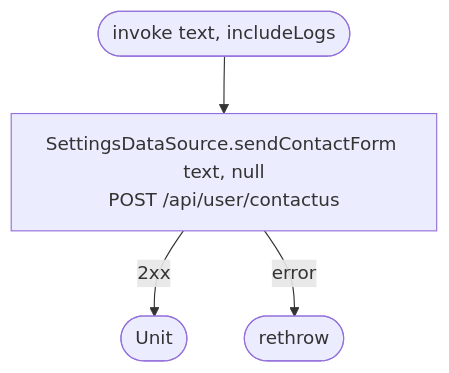
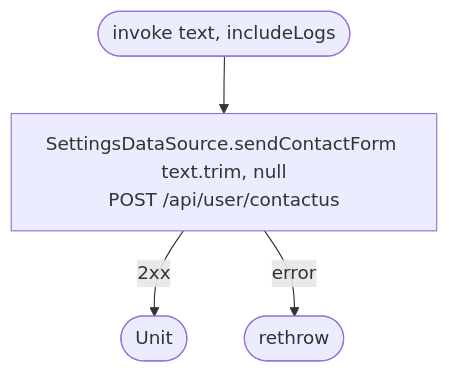
The diagram in docs/operations/settings/send-contact-form.md (nocturneproperties/bookkme-client), drawn with Mermaid before and after one commit. The commit also changed other lines of this file and 39 other files, not shown here.

````diff
--- a/docs/operations/settings/send-contact-form.md
+++ b/docs/operations/settings/send-contact-form.md
@@ -11,6 +11,6 @@
 ```mermaid
 flowchart TD
-    Start([invoke text, includeLogs]) --> Net[SettingsDataSource.sendContactForm text, null<br/>POST /api/user/contactus]
+    Start([invoke text, includeLogs]) --> Net[SettingsDataSource.sendContactForm text.trim, null<br/>POST /api/user/contactus]
     Net -- 2xx --> R([Unit])
     Net -- error --> EX([rethrow])
 ```
````
